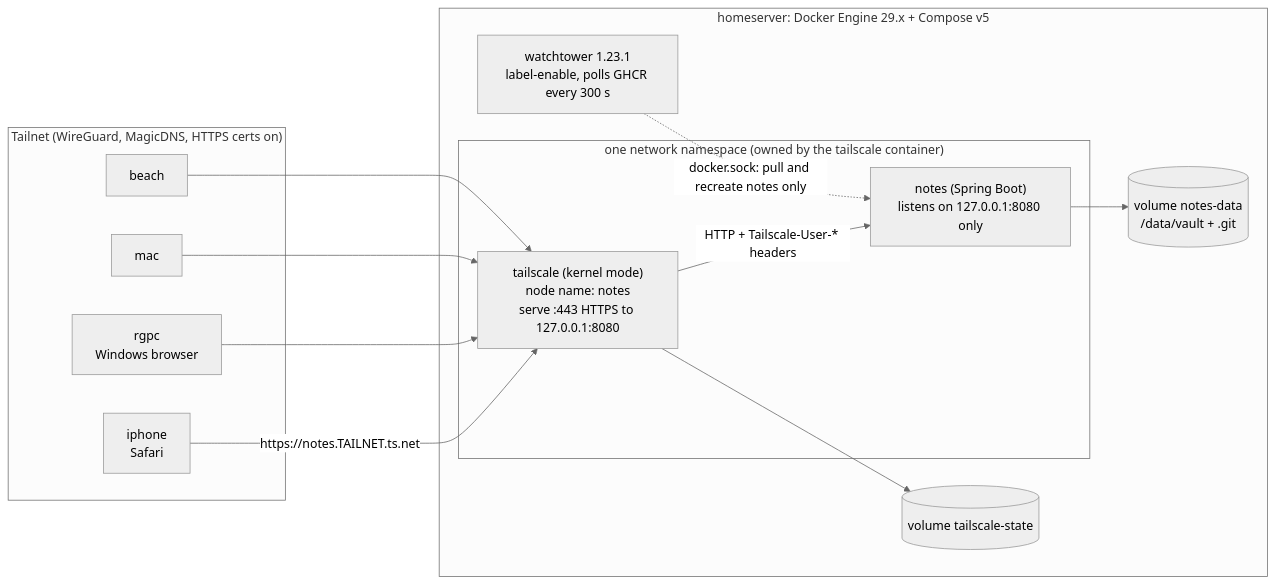
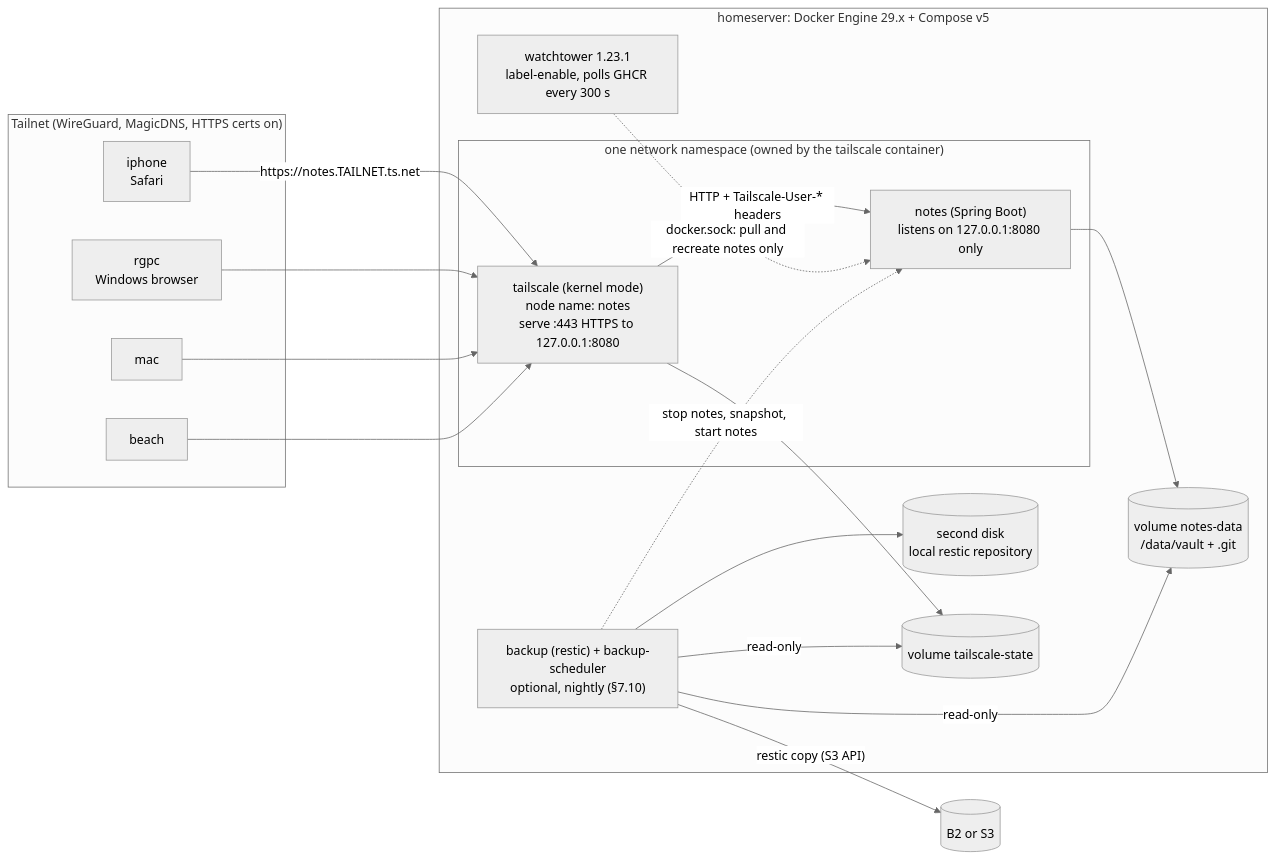
One commit to rjgehan/notesapp changed the first of 4 diagrams in docs/DESIGN.md. Above: the diagram before and after it, drawn with Mermaid (neutral theme). The commit also changed other lines of this file and 3 other files, not shown here.

First line of the commit message:
Docs: backups design, runbook and roadmap status (item 1)

````diff
--- a/docs/DESIGN.md
+++ b/docs/DESIGN.md
@@ -64,26 +64,32 @@
 ```mermaid
 flowchart LR
   subgraph tailnet["Tailnet (WireGuard, MagicDNS, HTTPS certs on)"]
     iphone["iphone<br/>Safari"]
     rgpc["rgpc<br/>Windows browser"]
     mac["mac"]
     beach["beach"]
   end
   subgraph homeserver["homeserver: Docker Engine 29.x + Compose v5"]
     subgraph ns["one network namespace (owned by the tailscale container)"]
       ts["tailscale (kernel mode)<br/>node name: notes<br/>serve :443 HTTPS to 127.0.0.1:8080"]
       app["notes (Spring Boot)<br/>listens on 127.0.0.1:8080 only"]
     end
     wt["watchtower 1.23.1<br/>label-enable, polls GHCR every 300 s"]
+    bk["backup (restic) + backup-scheduler<br/>optional, nightly (§7.10)"]
+    usb[("second disk<br/>local restic repository")]
     data[("volume notes-data<br/>/data/vault + .git")]
     tsstate[("volume tailscale-state")]
   end
   iphone -- "https://notes.TAILNET.ts.net" --> ts
   rgpc --> ts
   mac --> ts
   beach --> ts
   ts -- "HTTP + Tailscale-User-* headers" --> app
   app --> data
   ts --> tsstate
   wt -. "docker.sock: pull and recreate notes only" .-> app
+  bk -. "stop notes, snapshot, start notes" .-> app
+  bk -- "read-only" --> data & tsstate
+  bk --> usb
+  bk -- "restic copy (S3 API)" --> s3[("B2 or S3")]
 ```
````
